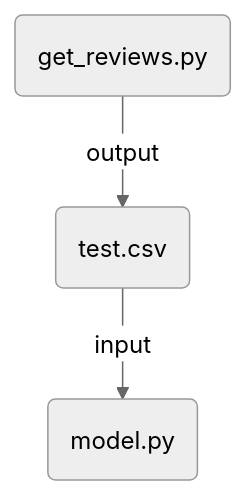
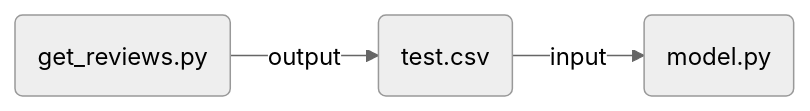
The diagram in README.md (alivabernali/MovieRekomendr), drawn with Mermaid (neutral theme) before and after one commit.

````diff
--- a/README.md
+++ b/README.md
@@ -13,4 +13,4 @@
 ```mermaid
-graph TD
+graph LR
 A(get_reviews.py)-->|output| B(test.csv)-->|input| C(model.py)
 ```
````
